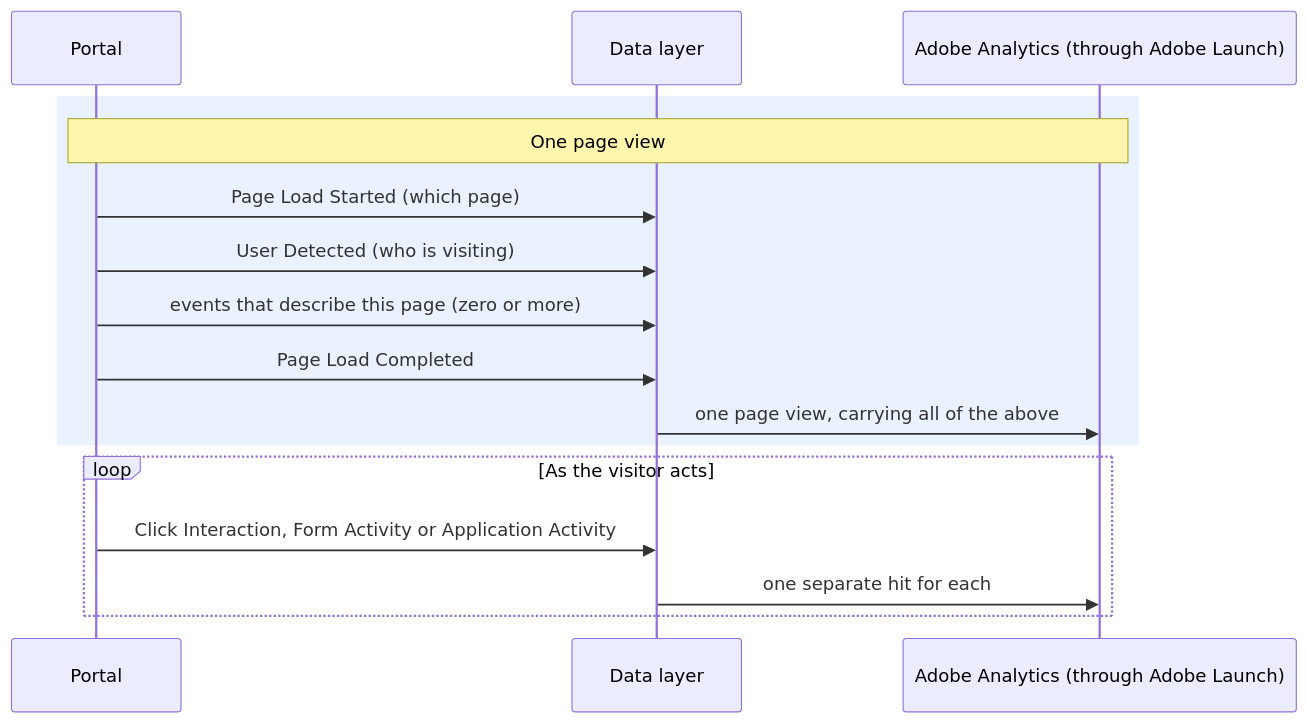
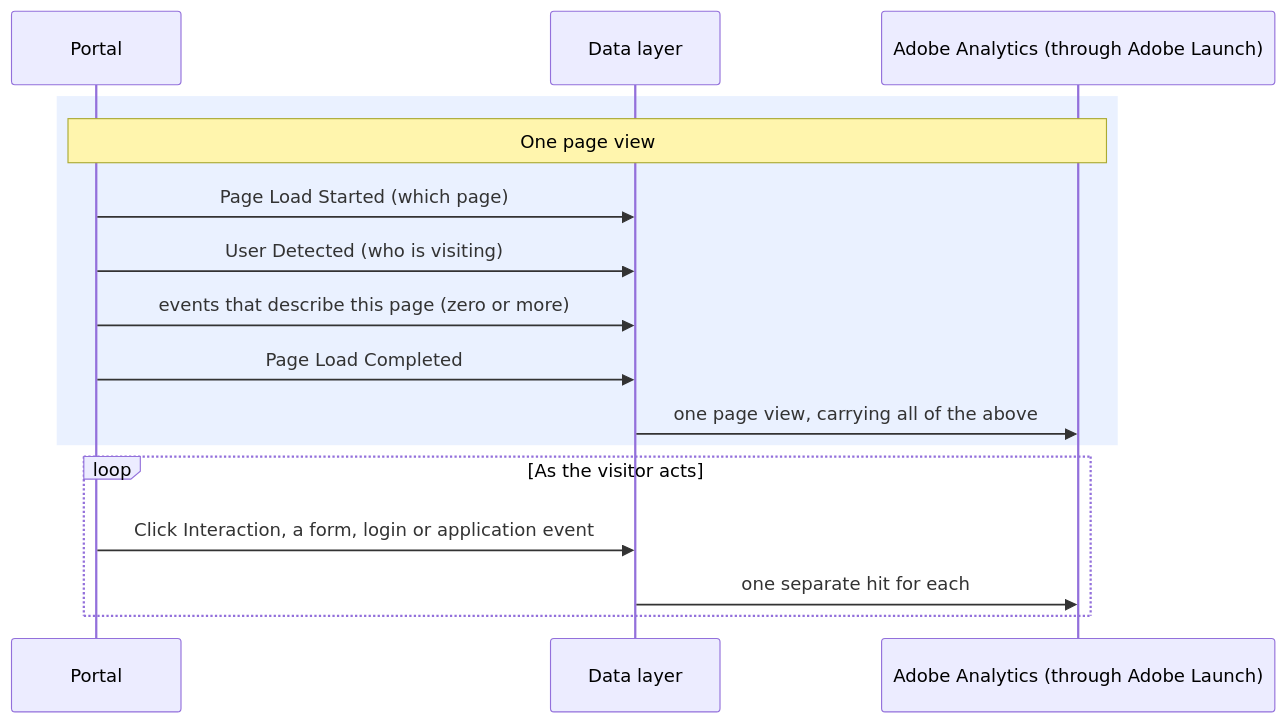
The first of 2 diagrams in how-it-works.md (further-external/client-nyl-gmad-dl-spec), drawn with Mermaid before and after one commit. The commit also changed other lines of this file and 20 other files, not shown here.

````diff
--- a/how-it-works.md
+++ b/how-it-works.md
@@ -28,18 +28,18 @@
 ```mermaid
 sequenceDiagram
   participant UI as Portal
   participant DL as Data layer
   participant AA as Adobe Analytics (through Adobe Launch)
   rect rgba(80,140,255,0.12)
     Note over UI,AA: One page view
     UI->>DL: Page Load Started (which page)
     UI->>DL: User Detected (who is visiting)
     UI->>DL: events that describe this page (zero or more)
     UI->>DL: Page Load Completed
     DL->>AA: one page view, carrying all of the above
   end
   loop As the visitor acts
-    UI->>DL: Click Interaction, Form Activity or Application Activity
+    UI->>DL: Click Interaction, a form, login or application event
     DL->>AA: one separate hit for each
   end
 ```
````
